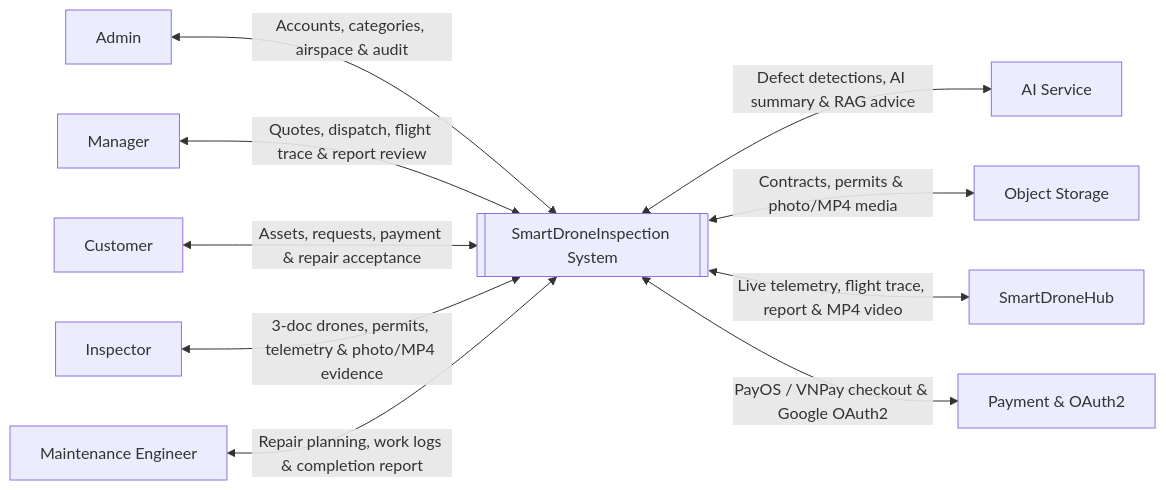
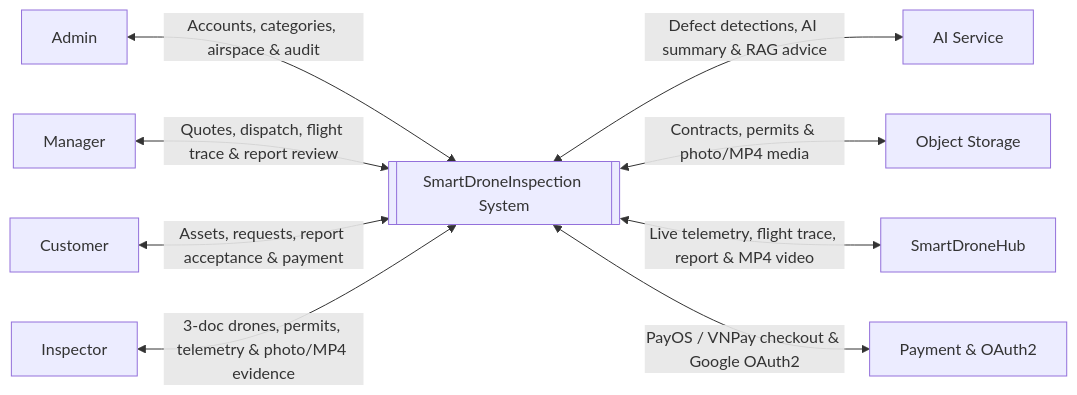
Before and after one commit to tungbach12/SmartDroneInspection-Docs: the diagram in reports/report-3-software-requirement-specification/01-overall-description.md, drawn with Mermaid. The commit also changed other lines of this file and 35 other files, not shown here.

````diff
--- a/reports/report-3-software-requirement-specification/01-overall-description.md
+++ b/reports/report-3-software-requirement-specification/01-overall-description.md
@@ -14,26 +14,24 @@
 ```mermaid
 %% title: System Context Diagram
 flowchart LR
   ADMIN["Admin"]
   MANAGER["Manager"]
   CUSTOMER["Customer"]
   INSPECTOR["Inspector"]
-  ENGINEER["Maintenance Engineer"]
 
   SDI[["SmartDroneInspection System"]]
   AI["AI Service"]
   STORAGE["Object Storage"]
   HUB["SmartDroneHub"]
   PAYMENT["Payment & OAuth2"]
 
   ADMIN <-->|"Accounts, categories, airspace & audit"| SDI
   MANAGER <-->|"Quotes, dispatch, flight trace & report review"| SDI
-  CUSTOMER <-->|"Assets, requests, payment & repair acceptance"| SDI
+  CUSTOMER <-->|"Assets, requests, report acceptance & payment"| SDI
   INSPECTOR <-->|"3-doc drones, permits, telemetry & photo/MP4 evidence"| SDI
-  ENGINEER <-->|"Repair planning, work logs & completion report"| SDI
 
   SDI <-->|"Defect detections, AI summary & RAG advice"| AI
   SDI <-->|"Contracts, permits & photo/MP4 media"| STORAGE
   SDI <-->|"Live telemetry, flight trace, report & MP4 video"| HUB
   SDI <-->|"PayOS / VNPay checkout & Google OAuth2"| PAYMENT
 ```
````
